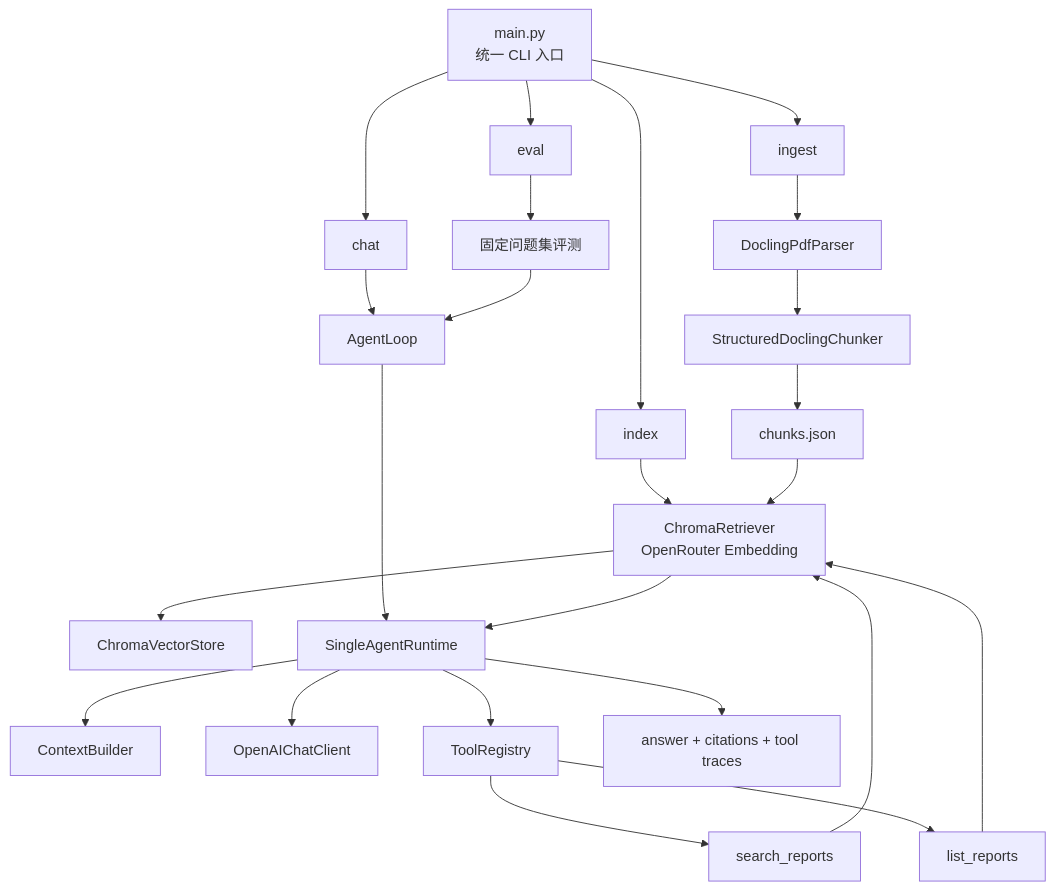
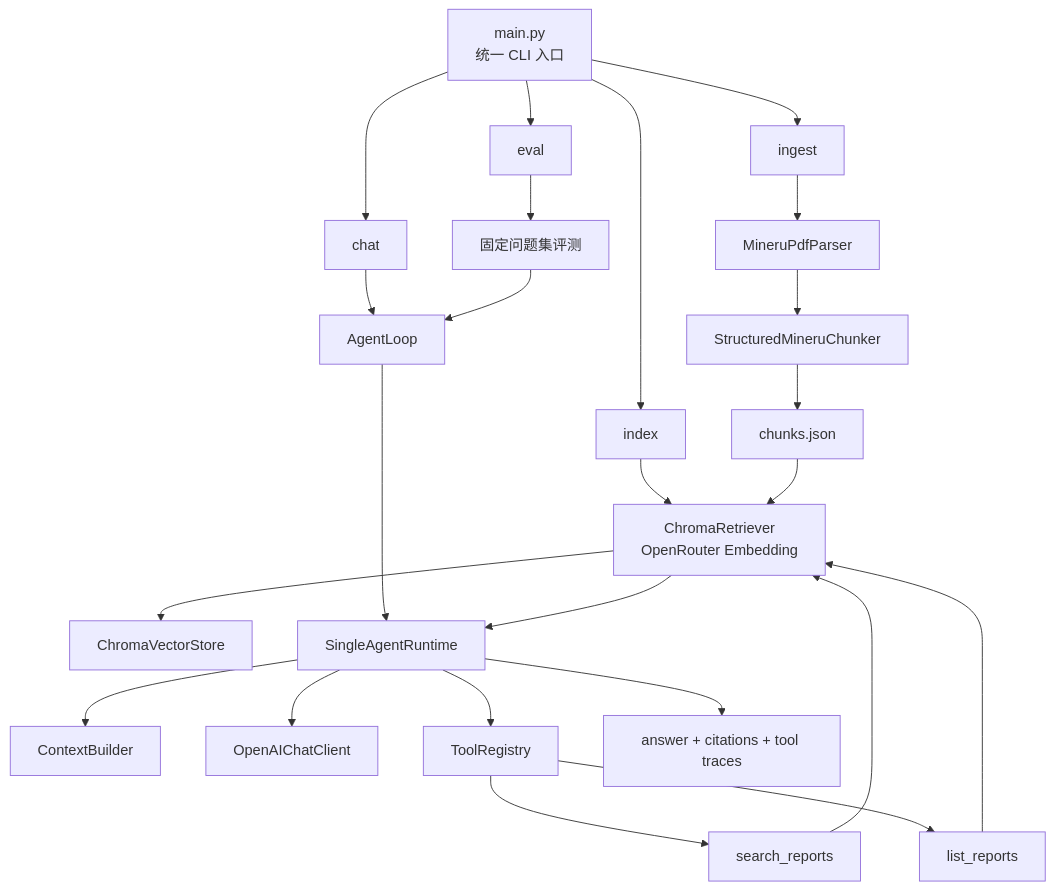
The diagram in README.md (s0meb0dy3/financial-report-rag), drawn with Mermaid before and after one commit. The commit also changed other lines of this file and 14 other files, not shown here.

````diff
--- a/README.md
+++ b/README.md
@@ -118,30 +123,30 @@
 ```mermaid
 flowchart TD
     A["main.py<br/>统一 CLI 入口"] --> B["ingest"]
     A --> C["index"]
     A --> D["chat"]
     A --> E["eval"]
 
-    B --> B1["DoclingPdfParser"]
-    B1 --> B2["StructuredDoclingChunker"]
+    B --> B1["MineruPdfParser"]
+    B1 --> B2["StructuredMineruChunker"]
     B2 --> B3["chunks.json"]
 
     C --> C1["ChromaRetriever<br/>OpenRouter Embedding"]
     B3 --> C1
     C1 --> C2["ChromaVectorStore"]
 
     D --> D1["AgentLoop"]
     D1 --> D2["SingleAgentRuntime"]
     D2 --> D3["ContextBuilder"]
     D2 --> D4["OpenAIChatClient"]
     D2 --> D5["ToolRegistry"]
     D5 --> T1["search_reports"]
     D5 --> T2["list_reports"]
     T1 --> C1
     T2 --> C1
     C1 --> D2
     D2 --> D6["answer + citations + tool traces"]
 
     E --> E1["固定问题集评测"]
     E1 --> D1
 ```
````
